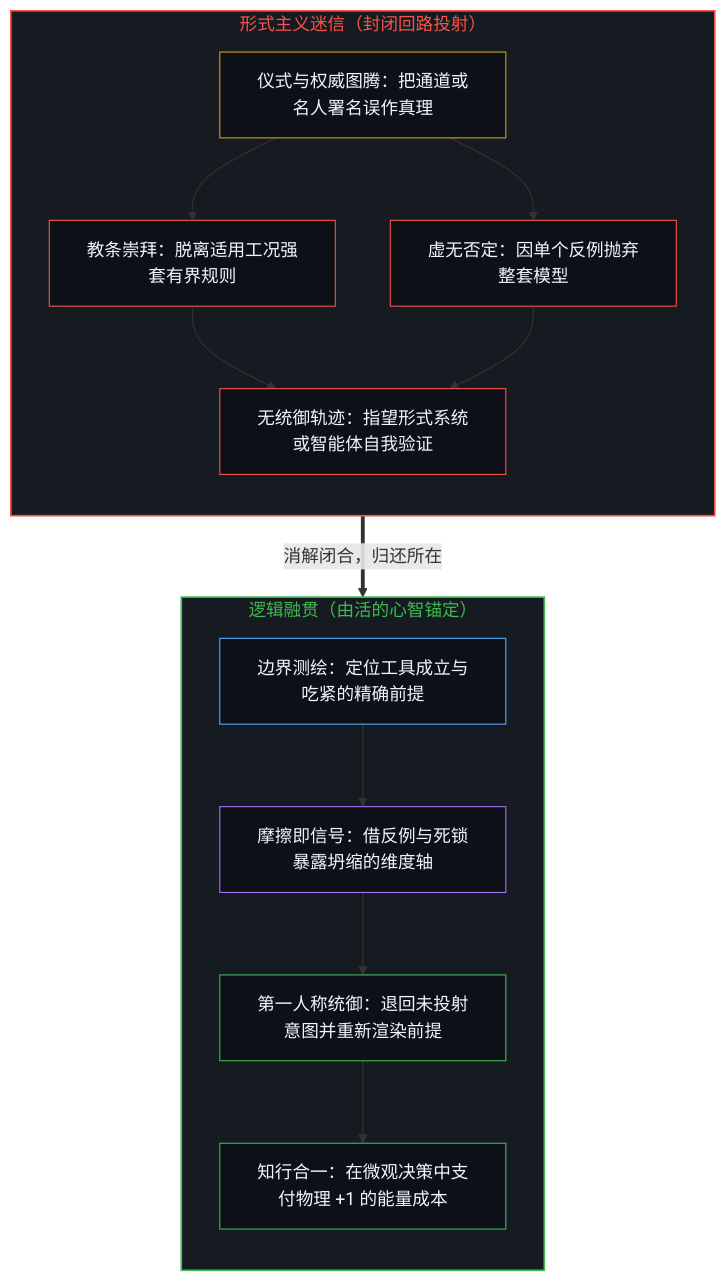
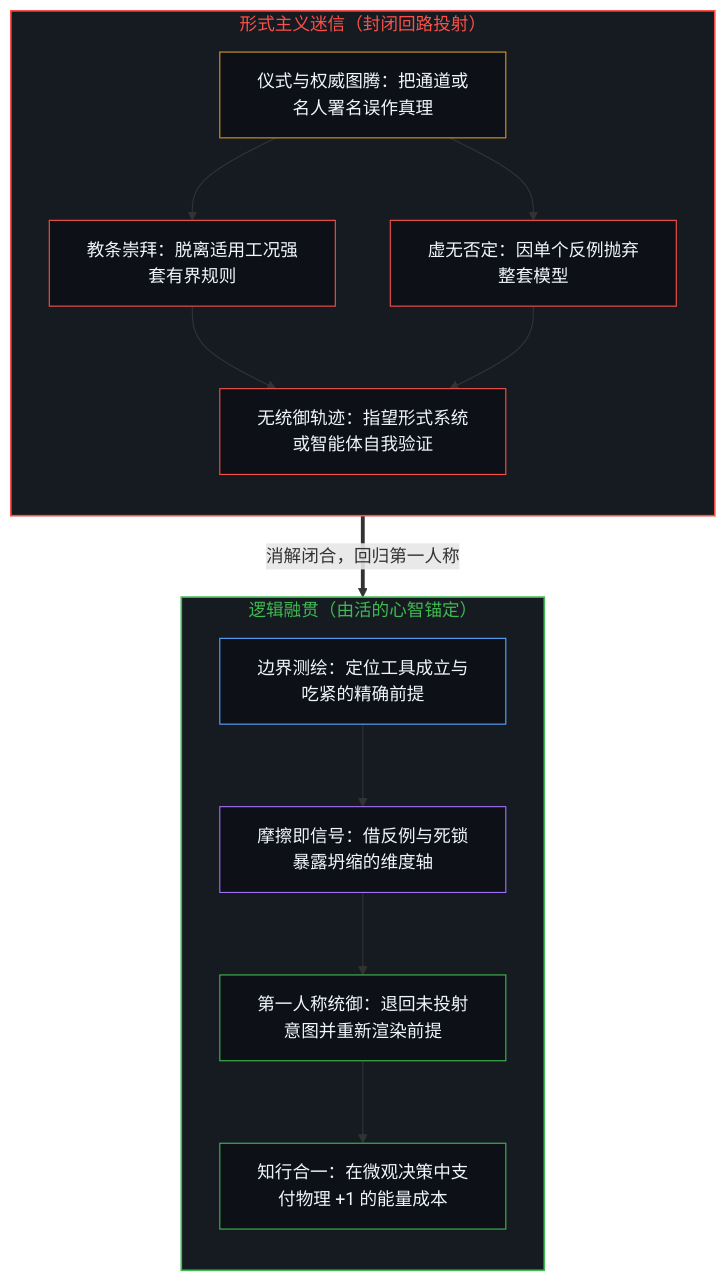
One commit to powerpig99/not-a-toe changed the first of 2 diagrams in content/posts/cong-xing-shi-mi-si-dao-luo-ji-bi-huan.md. Above: the diagram before and after it, drawn with Mermaid. The commit also changed other lines of this file and 13 other files, not shown here.

````diff
--- a/content/posts/cong-xing-shi-mi-si-dao-luo-ji-bi-huan.md
+++ b/content/posts/cong-xing-shi-mi-si-dao-luo-ji-bi-huan.md
@@ -45,33 +45,33 @@
 ```mermaid
 flowchart TD
     subgraph S_Myth["形式主义迷信（封闭回路投射）"]
         direction TB
         M_Form["仪式与权威图腾：把通道或名人署名误作真理"]
         M_Dogma["教条崇拜：脱离适用工况强套有界规则"]
         M_Nihil["虚无否定：因单个反例抛弃整套模型"]
         M_Agent["无统御轨迹：指望形式系统或智能体自我验证"]
         M_Form --> M_Dogma
         M_Form --> M_Nihil
         M_Dogma --> M_Agent
         M_Nihil --> M_Agent
     end
     subgraph S_Coherence["逻辑融贯（由活的心智锚定）"]
         direction TB
         C_Bound["边界测绘：定位工具成立与吃紧的精确前提"]
         C_Signal["摩擦即信号：借反例与死锁暴露坍缩的维度轴"]
         C_Steer["第一人称统御：退回未投射意图并重新渲染前提"]
         C_Act["知行合一：在微观决策中支付物理 +1 的能量成本"]
         C_Bound --> C_Signal --> C_Steer --> C_Act
     end
-    M_Agent ==>|"消解闭合，归还所在"| C_Bound
+    M_Agent ==>|"消解闭合，回归第一人称"| C_Bound
     style S_Myth fill:#161b22,stroke:#f85149,stroke-width:1.5px,color:#f85149
     style S_Coherence fill:#161b22,stroke:#3fb950,stroke-width:1.5px,color:#3fb950
     style M_Form fill:#0d1117,stroke:#d29922,stroke-width:1px,color:#f0f6fc
     style M_Dogma fill:#0d1117,stroke:#f85149,stroke-width:1px,color:#f0f6fc
     style M_Nihil fill:#0d1117,stroke:#f85149,stroke-width:1px,color:#f0f6fc
     style M_Agent fill:#0d1117,stroke:#f85149,stroke-width:1px,color:#f0f6fc
     style C_Bound fill:#0d1117,stroke:#58a6ff,stroke-width:1px,color:#f0f6fc
     style C_Signal fill:#0d1117,stroke:#a371f7,stroke-width:1px,color:#f0f6fc
     style C_Steer fill:#0d1117,stroke:#3fb950,stroke-width:1px,color:#f0f6fc
     style C_Act fill:#0d1117,stroke:#3fb950,stroke-width:1px,color:#f0f6fc
 ```
````
